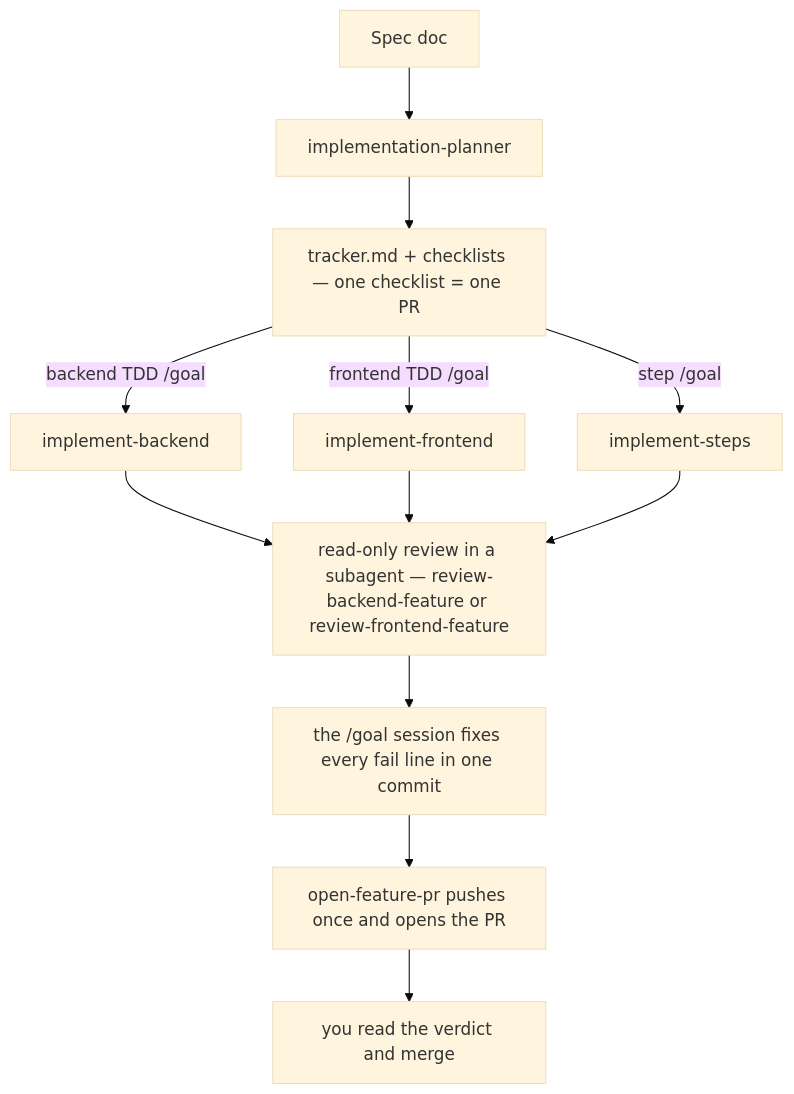
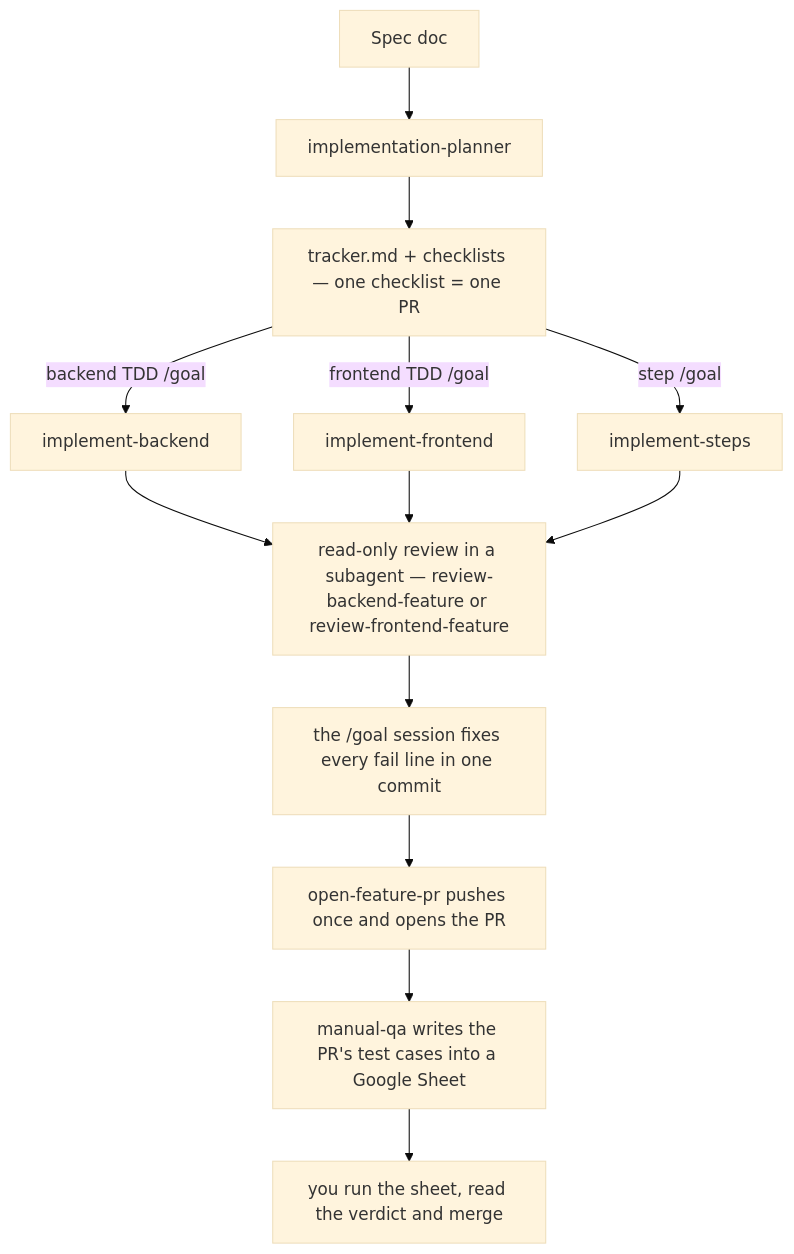
One commit to Njunge11/jig changed the diagram in README.md. Above: the diagram before and after it, drawn with Mermaid (base theme). The commit also changed other lines of this file and 18 other files, not shown here.

````diff
--- a/README.md
+++ b/README.md
@@ -70,14 +71,15 @@
 ```mermaid
 flowchart TD
     S[Spec doc] --> P[implementation-planner]
     P --> T["tracker.md + checklists — one checklist = one PR"]
     T -->|"backend TDD /goal"| B[implement-backend]
     T -->|"frontend TDD /goal"| F[implement-frontend]
     T -->|"step /goal"| SL[implement-steps]
     B --> R["read-only review in a subagent — review-backend-feature or review-frontend-feature"]
     F --> R
     SL --> R
     R --> X[the /goal session fixes every fail line in one commit]
     X --> O[open-feature-pr pushes once and opens the PR]
-    O --> M[you read the verdict and merge]
+    O --> Q[manual-qa writes the PR's test cases into a Google Sheet]
+    Q --> M[you run the sheet, read the verdict and merge]
 ```
````
